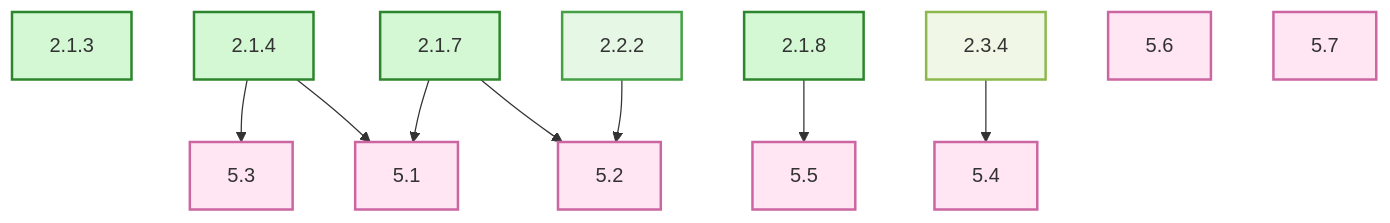
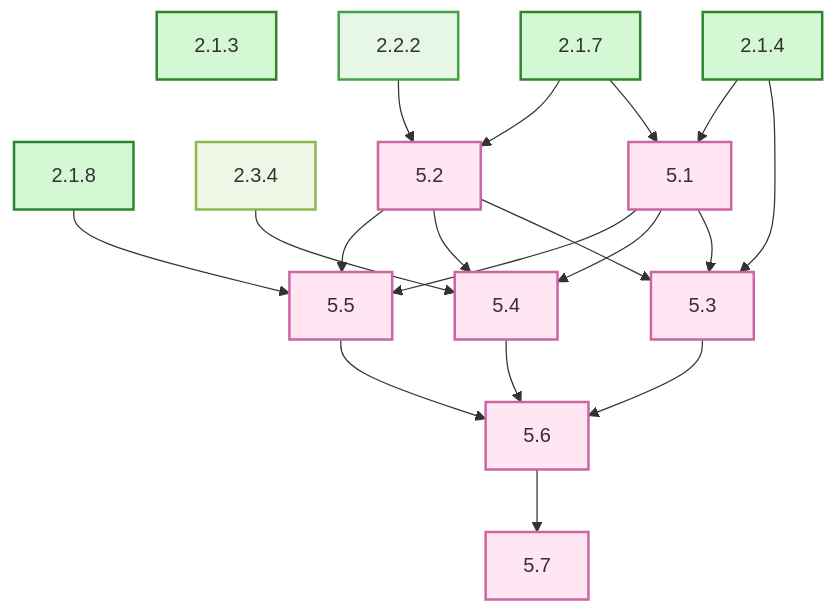
The eighth of 11 diagrams in docs/planning.md (Oldranda1414/SP2PFL-ProjectManagement), drawn with Mermaid before and after one commit. The commit also changed other lines of this file, not shown here.

Commit message:
add missing mini dgraphs dependecies

````diff
--- a/docs/planning.md
+++ b/docs/planning.md
@@ -713,31 +718,43 @@
 ```mermaid
 graph TD
     %% Activities
     2.1.3:::core
     2.1.4:::core
     2.1.7:::core
     2.1.8:::core
     2.2.2:::model
     2.3.4:::security
     5.1:::ui
     5.2:::ui
     5.3:::ui
     5.4:::ui
     5.5:::ui
     5.6:::ui
     5.7:::ui
 
     %% Dependencies
     2.1.4 --> 5.3
     2.1.4 --> 5.1
     2.1.7 --> 5.1
     2.1.7 --> 5.2
     2.1.8 --> 5.5
     2.2.2 --> 5.2
     2.3.4 --> 5.4
+    5.1 --> 5.3
+    5.1 --> 5.4
+    5.1 --> 5.5
+    5.2 --> 5.3
+    5.2 --> 5.4
+    5.2 --> 5.5
+    5.3 --> 5.6
+    5.4 --> 5.6
+    5.5 --> 5.6
+    5.6 --> 5.7
+    
+    %%% UI/UX Dependencies
 
     classDef core fill:#d4f7d4,stroke:#2d862d,stroke-width:2px
     classDef model fill:#e6f7e6,stroke:#45a045,stroke-width:2px
     classDef security fill:#f0f7e6,stroke:#8cb84d,stroke-width:2px
     classDef ui fill:#ffe6f2,stroke:#cc66a3,stroke-width:2px
 ```
````
